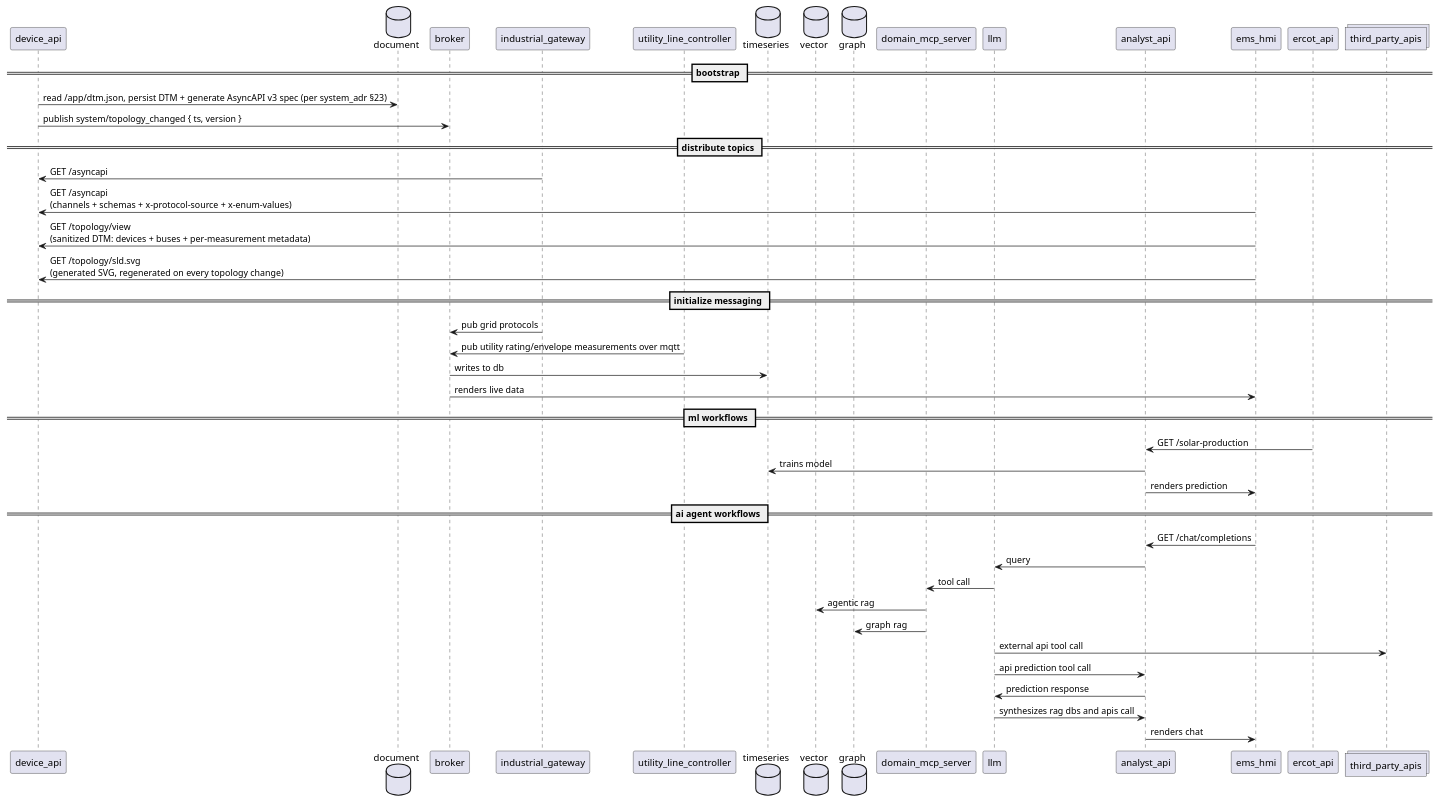
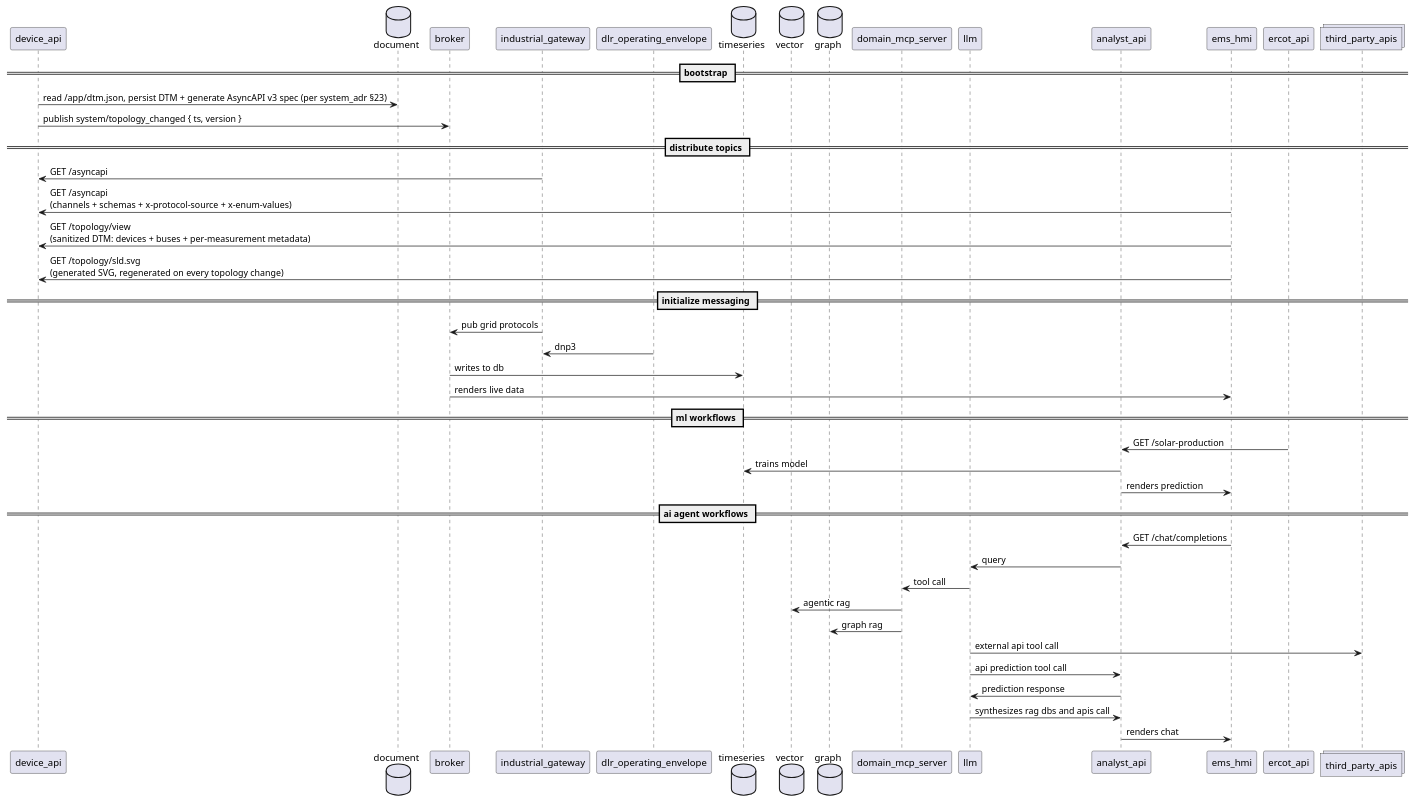
The second of 6 diagrams in readme.md (arcnode-io/ems), drawn with PlantUML before and after one commit. The commit also changed other lines of this file and 1 other file, not shown here.

````diff
--- a/readme.md
+++ b/readme.md
@@ -65,44 +65,44 @@
 ```plantuml
 participant device_api
 database document
 participant broker
 participant industrial_gateway
-participant utility_line_controller
+participant dlr_operating_envelope
 database timeseries
 database vector
 database graph
 participant domain_mcp_server
 participant llm
 participant analyst_api
 participant ems_hmi
 participant ercot_api
 collections third_party_apis
 == bootstrap ==
 device_api -> document: read /app/dtm.json, persist DTM + generate AsyncAPI v3 spec (per system_adr §23)
 device_api -> broker: publish system/topology_changed { ts, version }
 == distribute topics ==
 industrial_gateway -> device_api: GET /asyncapi
 ems_hmi -> device_api: GET /asyncapi\n(channels + schemas + x-protocol-source + x-enum-values)
 ems_hmi -> device_api: GET /topology/view\n(sanitized DTM: devices + buses + per-measurement metadata)
 ems_hmi -> device_api: GET /topology/sld.svg\n(generated SVG, regenerated on every topology change)
 ==  initialize messaging ==
 industrial_gateway -> broker: pub grid protocols
-utility_line_controller -> broker: pub utility rating/envelope measurements over mqtt
+dlr_operating_envelope -> industrial_gateway: dnp3
 broker -> timeseries: writes to db
 broker -> ems_hmi: renders live data
 == ml workflows ==
 ercot_api -> analyst_api: GET /solar-production
 timeseries <- analyst_api: trains model
 analyst_api -> ems_hmi: renders prediction
 == ai agent workflows ==
 ems_hmi -> analyst_api: GET /chat/completions  
 analyst_api -> llm: query
 llm -> domain_mcp_server: tool call
 domain_mcp_server -> vector: agentic rag
 domain_mcp_server -> graph: graph rag
 llm -> third_party_apis: external api tool call
 llm -> analyst_api: api prediction tool call
 analyst_api -> llm: prediction response
 llm -> analyst_api: synthesizes rag dbs and apis call
 analyst_api -> ems_hmi: renders chat
 ```
````
